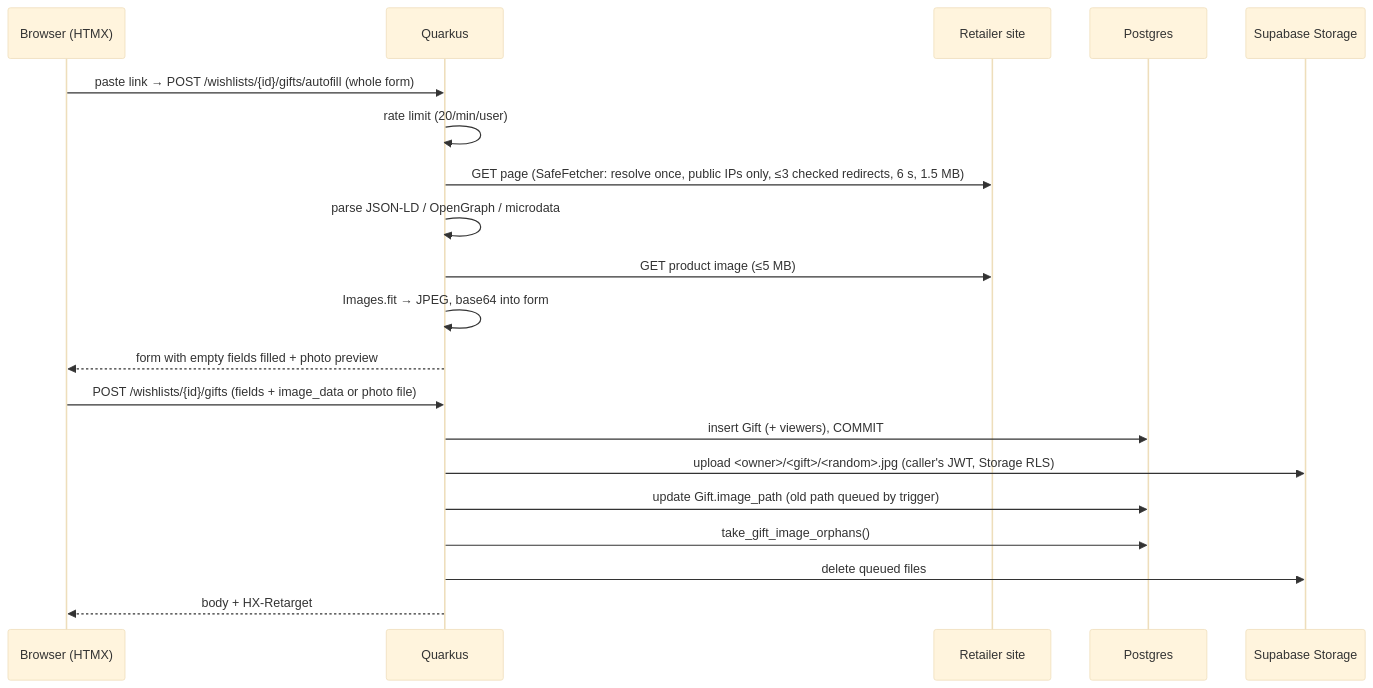
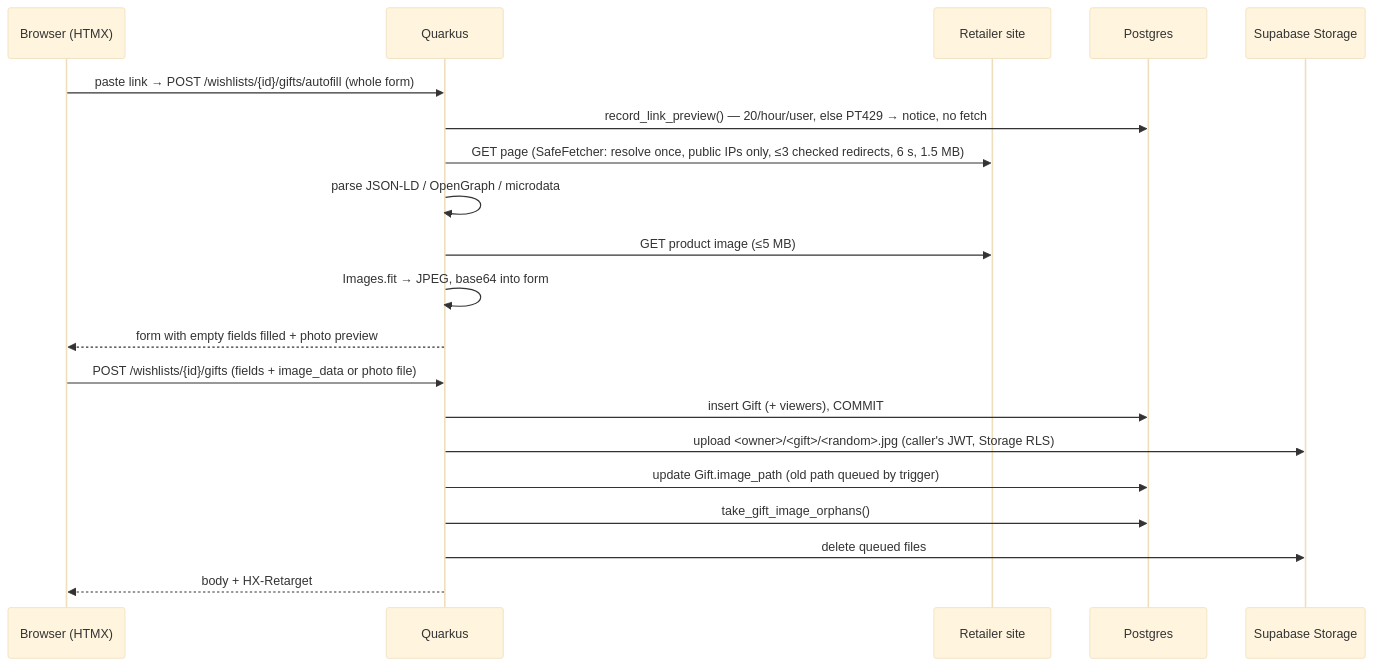
One commit to colllten/giftloop changed the fourth of 8 diagrams in docs/ARCHITECTURE.md. Above: the diagram before and after it, drawn with Mermaid (base theme). The commit also changed 13 other files, not shown here.

First line of the commit message:
Rate Limit Autofills (#19)

````diff
--- a/docs/ARCHITECTURE.md
+++ b/docs/ARCHITECTURE.md
@@ -120,22 +120,22 @@
 ```mermaid
 sequenceDiagram
   participant B as Browser (HTMX)
   participant Q as Quarkus
   participant R as Retailer site
   participant P as Postgres
   participant S as Supabase Storage
   B->>Q: paste link → POST /wishlists/{id}/gifts/autofill (whole form)
-  Q->>Q: rate limit (20/min/user)
+  Q->>P: record_link_preview() — 20/hour/user, else PT429 → notice, no fetch
   Q->>R: GET page (SafeFetcher: resolve once, public IPs only, ≤3 checked redirects, 6 s, 1.5 MB)
   Q->>Q: parse JSON-LD / OpenGraph / microdata
   Q->>R: GET product image (≤5 MB)
   Q->>Q: Images.fit → JPEG, base64 into form
   Q-->>B: form with empty fields filled + photo preview
   B->>Q: POST /wishlists/{id}/gifts (fields + image_data or photo file)
   Q->>P: insert Gift (+ viewers), COMMIT
   Q->>S: upload <owner>/<gift>/<random>.jpg (caller's JWT, Storage RLS)
   Q->>P: update Gift.image_path (old path queued by trigger)
   Q->>P: take_gift_image_orphans()
   Q->>S: delete queued files
   Q-->>B: body + HX-Retarget #wishlist-body
 ```
````
